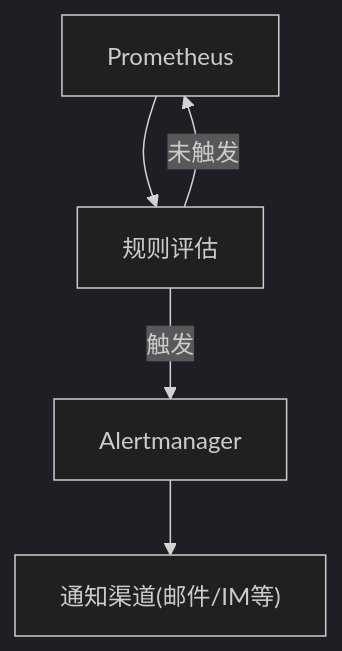
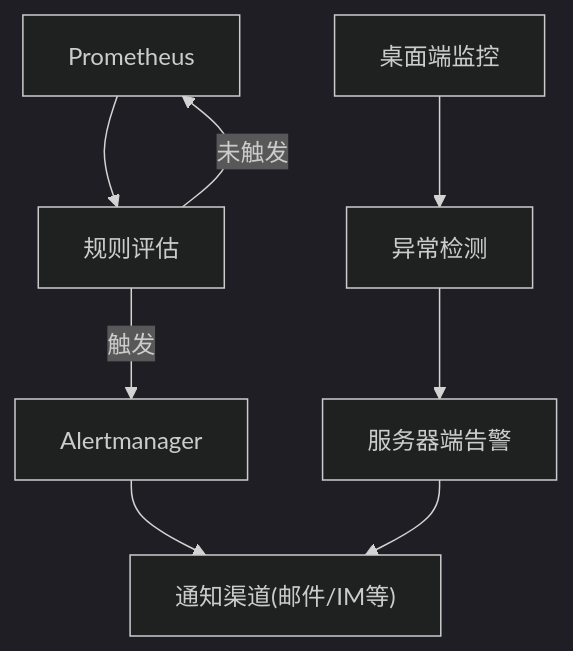
Before and after one commit to dgjin/smart-data-analytics: the seventh of 8 diagrams in .qoder/repowiki/zh/content/AI与LLM集成/性能监控与成本优化.md, drawn with Mermaid (dark theme). The commit also changed other lines of this file and 146 other files, not shown here.

````diff
--- a/.qoder/repowiki/zh/content/AI与LLM集成/性能监控与成本优化.md
+++ b/.qoder/repowiki/zh/content/AI与LLM集成/性能监控与成本优化.md
@@ -287,7 +359,10 @@
 ```mermaid
 graph TB
 P["Prometheus"] --> R["规则评估"]
 R --> |触发| AM["Alertmanager"]
 AM --> N["通知渠道(邮件/IM等)"]
 R --> |未触发| P
+Desktop["桌面端监控"] --> Alerts["异常检测"]
+Alerts --> Server["服务器端告警"]
+Server --> N
 ```
````
